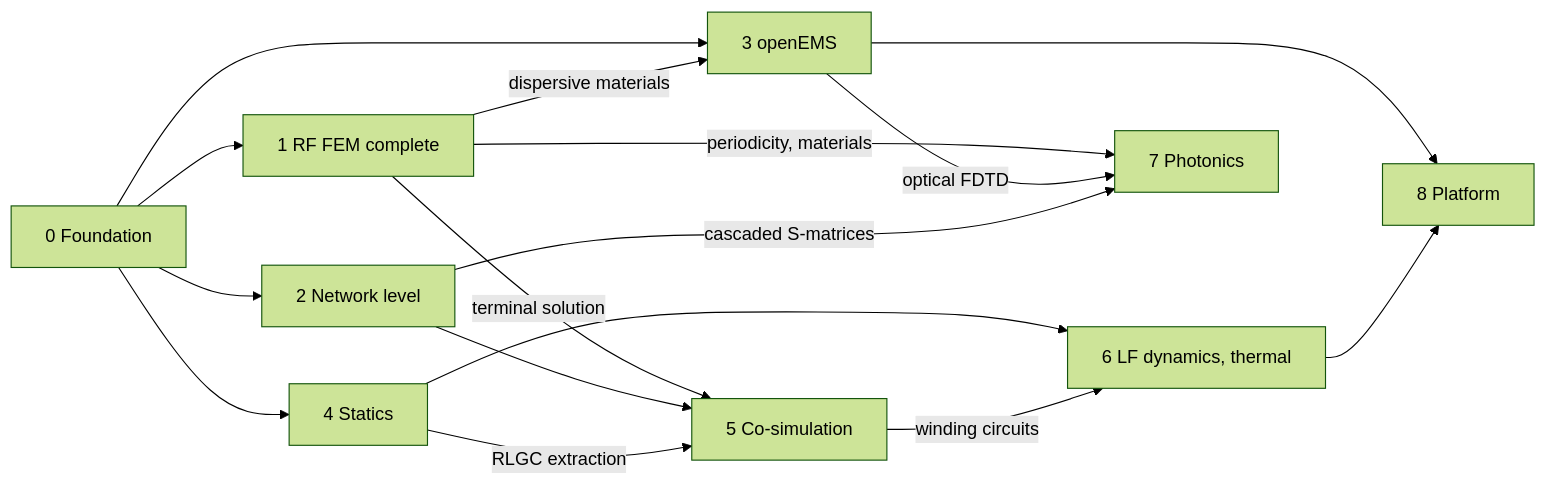
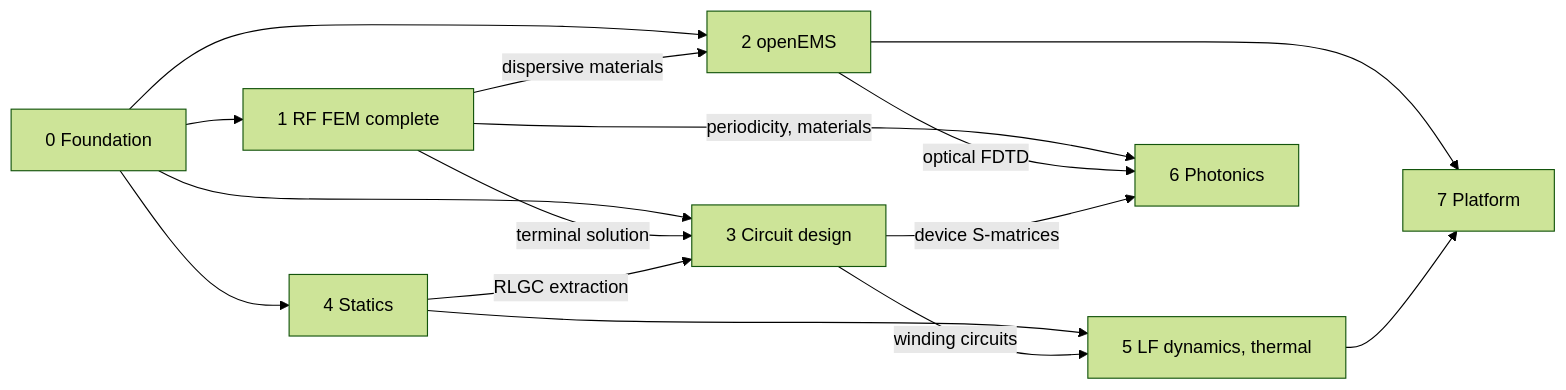
The diagram in docs/ROADMAP.md (SanjeevKur/Hertzon), drawn with Mermaid (forest theme) before and after one commit. The commit also changed other lines of this file, not shown here.

First line of the commit message:
Roadmap: openEMS as step 2, one circuit design step (#2)

````diff
--- a/docs/ROADMAP.md
+++ b/docs/ROADMAP.md
@@ -41,18 +40,17 @@
 ```mermaid
 flowchart LR
   S0["0 Foundation"] --> S1["1 RF FEM complete"]
-  S0 --> S2["2 Network level"]
-  S0 --> S3["3 openEMS"]
+  S0 --> S2["2 openEMS"]
+  S0 --> S3["3 Circuit design"]
   S0 --> S4["4 Statics"]
-  S1 -- "dispersive materials" --> S3
-  S1 -- "terminal solution" --> S5["5 Co-simulation"]
-  S2 --> S5
-  S4 -- "RLGC extraction" --> S5
-  S4 --> S6["6 LF dynamics, thermal"]
-  S5 -- "winding circuits" --> S6
-  S1 -- "periodicity, materials" --> S7["7 Photonics"]
-  S3 -- "optical FDTD" --> S7
-  S2 -- "cascaded S-matrices" --> S7
-  S3 --> S8["8 Platform"]
-  S6 --> S8
+  S1 -- "dispersive materials" --> S2
+  S1 -- "terminal solution" --> S3
+  S4 -- "RLGC extraction" --> S3
+  S4 --> S5["5 LF dynamics, thermal"]
+  S3 -- "winding circuits" --> S5
+  S1 -- "periodicity, materials" --> S6["6 Photonics"]
+  S2 -- "optical FDTD" --> S6
+  S3 -- "device S-matrices" --> S6
+  S2 --> S7["7 Platform"]
+  S5 --> S7
 ```
````
